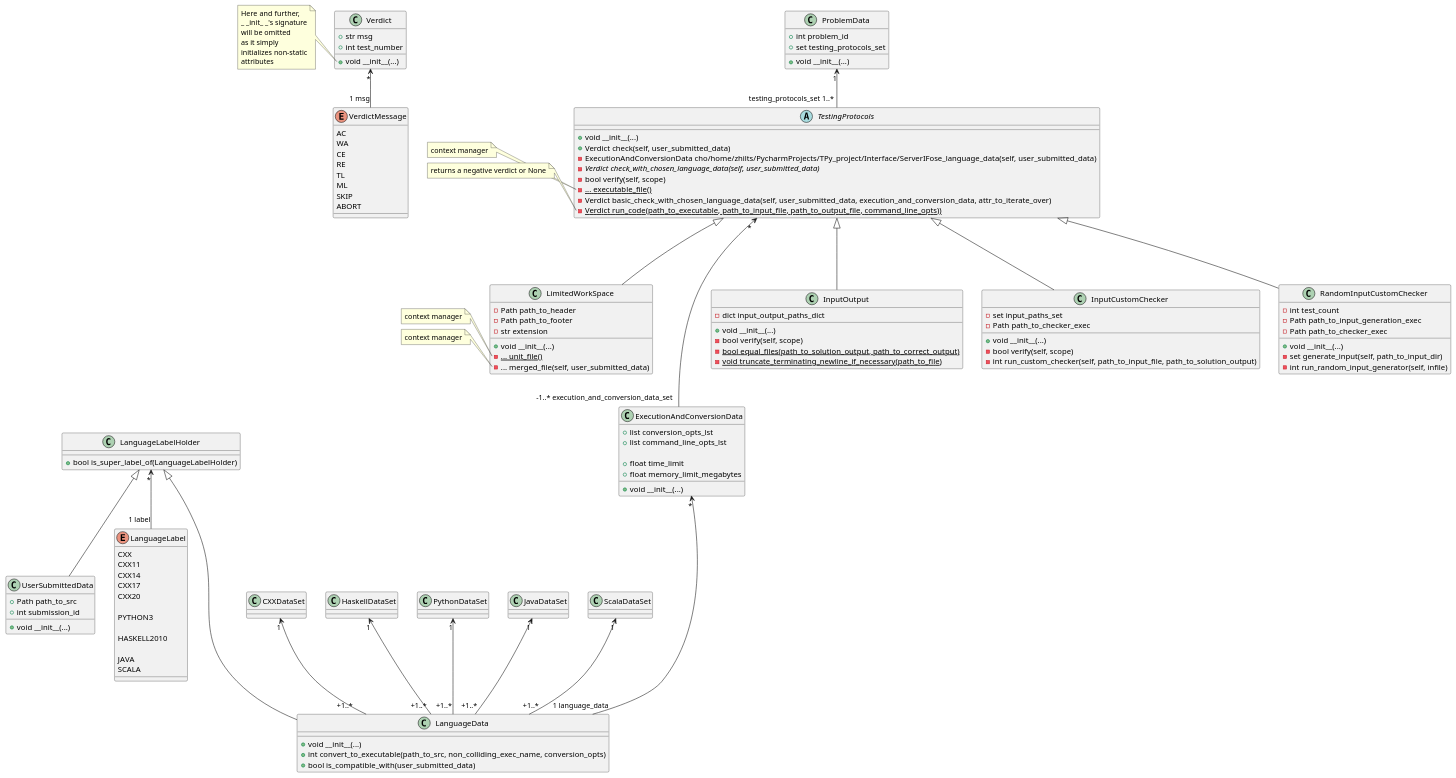
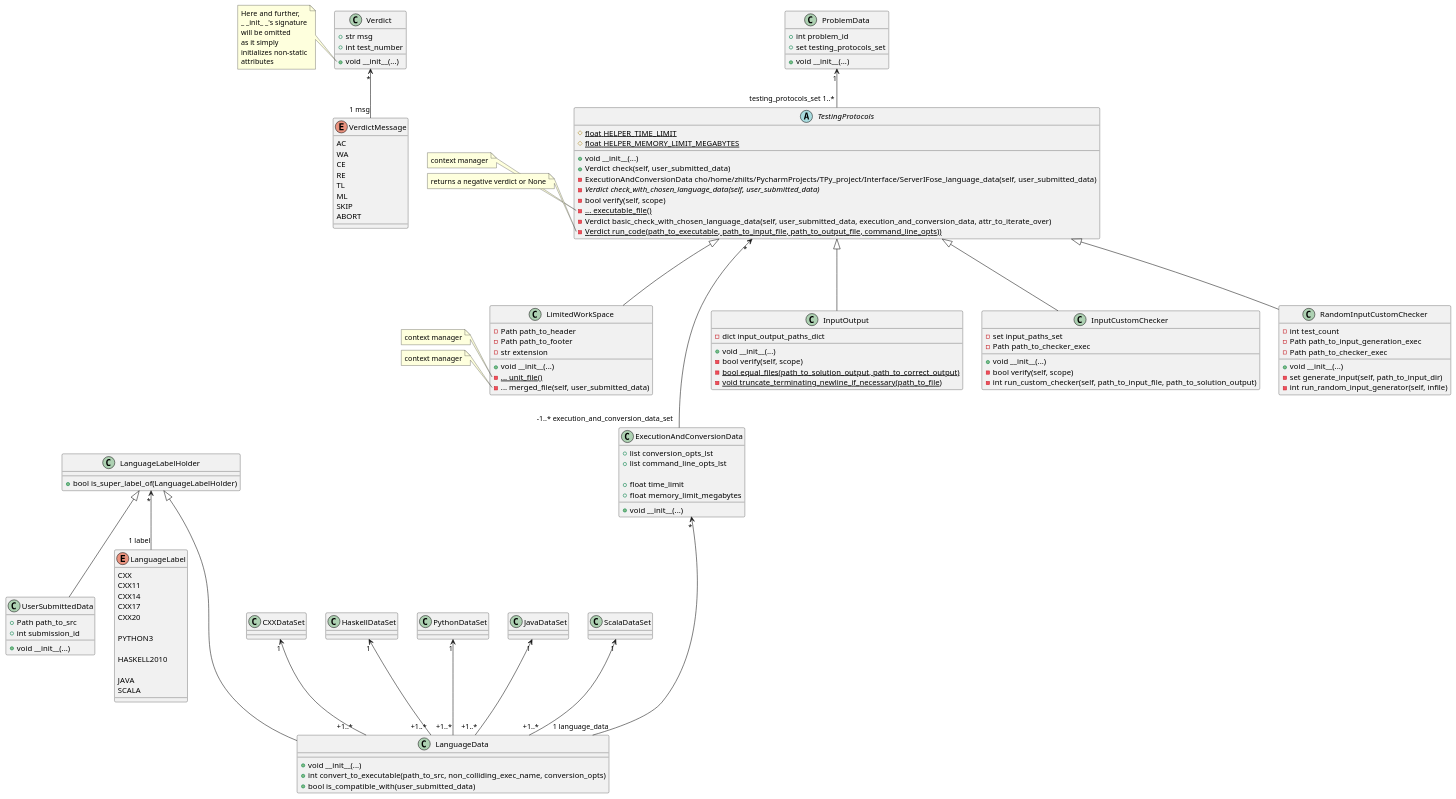
The diagram in TestingSystem/TestingProtocols/Class_TestingProtocols.puml (IgorZhiltsoff/TPy_project), drawn with PlantUML before and after one commit. The commit also changed 5 other files, not shown here.

```diff
--- a/TestingSystem/TestingProtocols/Class_TestingProtocols.puml
+++ b/TestingSystem/TestingProtocols/Class_TestingProtocols.puml
@@ -1,192 +1,195 @@
 @startuml
 'https://plantuml.com/class-diagram
 
 skinparam enum {
     BackGroundColor Aqua
 }
 
 ' ============================ AUX ============================
 
 enum VerdictMessage {
     AC
     WA
     CE
     RE
     TL
     ML
     SKIP
     ABORT
 }
 
 class Verdict {
     +str msg
     +int test_number
 
     +void __init__(...)
 }
 note left of Verdict::__init__
 Here and further,
 _ _init_ _'s signature
 will be omitted
 as it simply
 initializes non-static
 attributes
 end note
 
 Verdict "*" <-- "1 msg" VerdictMessage
 
 class UserSubmittedData {
     +Path path_to_src
     +int submission_id
 
     +void __init__(...)
 }
 
 
 enum LanguageLabel {
     CXX
     CXX11
     CXX14
     CXX17
     CXX20
 
     PYTHON3
 
     HASKELL2010
 
     JAVA
     SCALA
 }
 
 class LanguageLabelHolder {
     +bool is_super_label_of(LanguageLabelHolder)
 }
 
 LanguageLabelHolder "*" <-- "1 label" LanguageLabel
 LanguageLabelHolder <|-- UserSubmittedData
 
 
 
 class LanguageData {
     +void __init__(...)
     +int convert_to_executable(path_to_src, non_colliding_exec_name, conversion_opts)
     +bool is_compatible_with(user_submitted_data)
 }
 LanguageLabelHolder <|--- LanguageData
 
 class CXXDataSet
 
 CXXDataSet "1" <-- "+1..*" LanguageData
 
 class HaskellDataSet
 
 HaskellDataSet "1" <-- "+1..*" LanguageData
 
 class PythonDataSet
 
 PythonDataSet "1" <-- "+1..*" LanguageData
 
 class JavaDataSet
 
 JavaDataSet "1" <-- "+1..*" LanguageData
 
 class ScalaDataSet
 
 ScalaDataSet "1" <-- "+1..*" LanguageData
 
 
 class ExecutionAndConversionData {
     +list conversion_opts_lst
     +list command_line_opts_lst
 
     +float time_limit
     +float memory_limit_megabytes
 
     +void __init__(...)
 }
 
 ExecutionAndConversionData "*" <--- "1 language_data" LanguageData
 TestingProtocols "*" <---- "-1..* execution_and_conversion_data_set" ExecutionAndConversionData
 
 ' ========================== PROTOCOLS =========================
 
 abstract class TestingProtocols {
+    #{static} float HELPER_TIME_LIMIT
+    #{static} float HELPER_MEMORY_LIMIT_MEGABYTES
+
     +void __init__(...)
     +Verdict check(self, user_submitted_data)
     -ExecutionAndConversionData cho/home/zhilts/PycharmProjects/TPy_project/Interface/ServerIFose_language_data(self, user_submitted_data)
     -{abstract} Verdict check_with_chosen_language_data(self, user_submitted_data)
     -bool verify(self, scope)
     -{static} ... executable_file()
     -Verdict basic_check_with_chosen_language_data(self, user_submitted_data, execution_and_conversion_data, attr_to_iterate_over)
     -{static} Verdict run_code(path_to_executable, path_to_input_file, path_to_output_file, command_line_opts))
 }
 note left of TestingProtocols::executable_file
 context manager
 end note
 note left of TestingProtocols::run_code
 returns a negative verdict or None
 end note
 
 class InputOutput {
     -dict input_output_paths_dict
 
     +void __init__(...)
     -bool verify(self, scope)
     -{static} bool equal_files(path_to_solution_output, path_to_correct_output)
     -{static} void truncate_terminating_newline_if_necessary(path_to_file)
 }
 
 class InputCustomChecker {
     -set input_paths_set
     -Path path_to_checker_exec
 
     +void __init__(...)
     -bool verify(self, scope)
     -int run_custom_checker(self, path_to_input_file, path_to_solution_output)
 }
 
 class RandomInputCustomChecker {
     -int test_count
     -Path path_to_input_generation_exec
     -Path path_to_checker_exec
 
 
     +void __init__(...)
     -set generate_input(self, path_to_input_dir)
     -int run_random_input_generator(self, infile)
 }
 
 class LimitedWorkSpace {
     -Path path_to_header
     -Path path_to_footer
     -str extension
 
     +void __init__(...)
     -{static} ... unit_file()
     -... merged_file(self, user_submitted_data)
 }
 note left of LimitedWorkSpace::unit_file
 context manager
 end note
 note left of LimitedWorkSpace::merged_file
 context manager
 end note
 
 TestingProtocols <|--- InputCustomChecker
 TestingProtocols <|--- RandomInputCustomChecker
 TestingProtocols <|--- LimitedWorkSpace
 TestingProtocols <|--- InputOutput
 
 
 ' ============================ HELPER ============================
 
 class ProblemData {
     +int problem_id
     +set testing_protocols_set
 
     +void __init__(...)
 }
 
 ProblemData "1" <-- "testing_protocols_set 1..*" TestingProtocols
 
 @enduml
```
